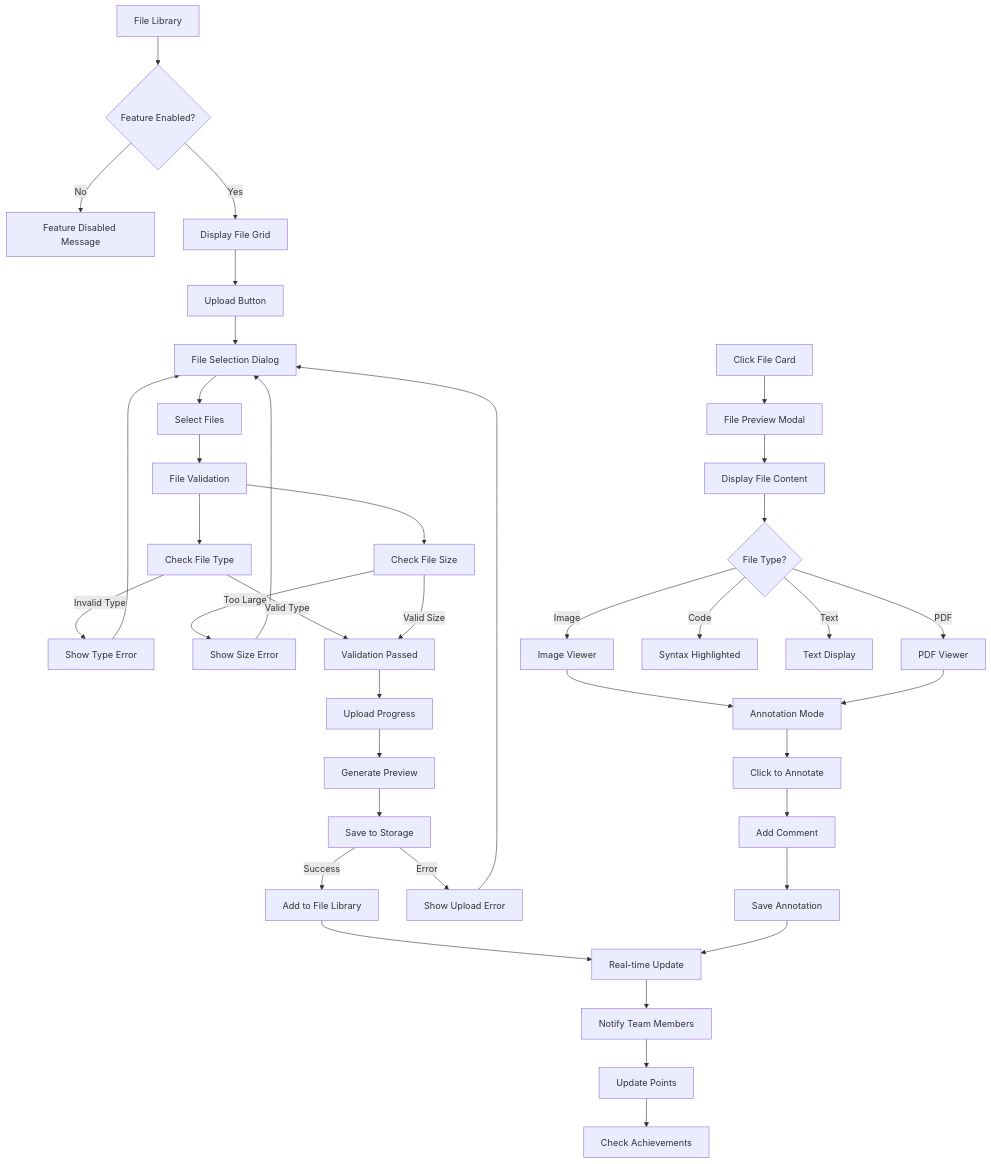
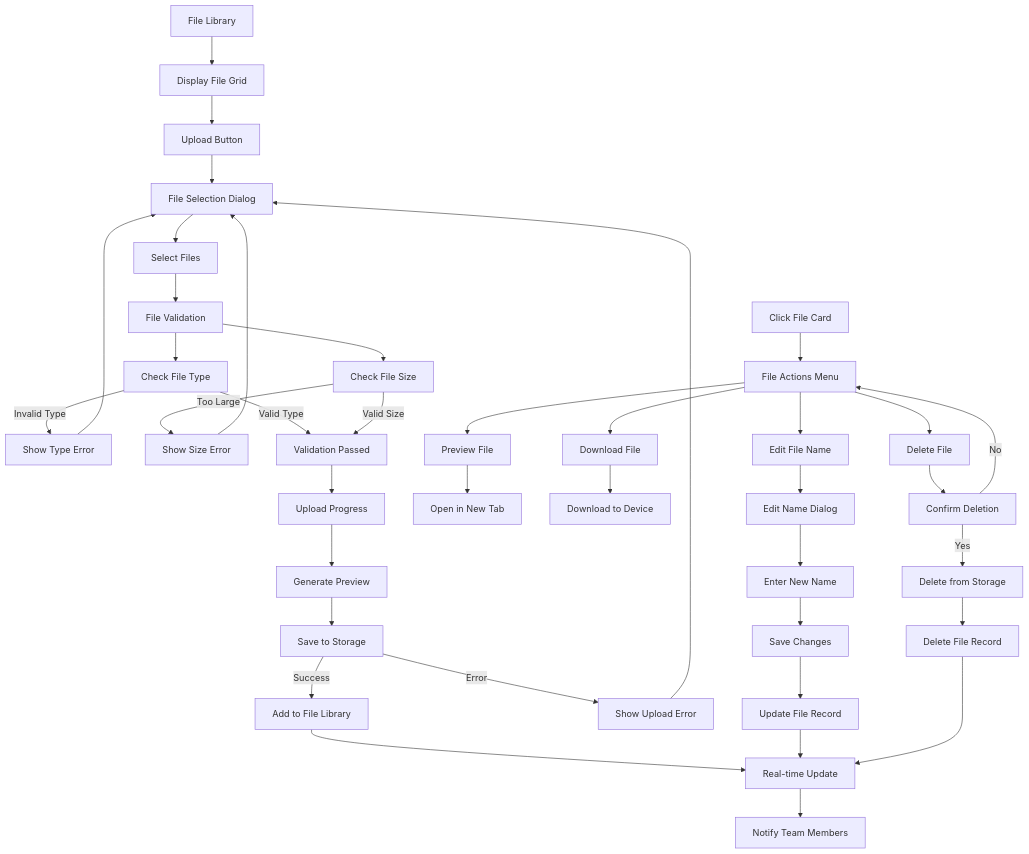
One commit to ictinus0222/hackerDen changed the sixth of 17 diagrams in UX_FLOWCHART.md. Above: the diagram before and after it, drawn with Mermaid. The commit also changed other lines of this file and 13 other files, not shown here.

````diff
--- a/UX_FLOWCHART.md
+++ b/UX_FLOWCHART.md
@@ -231,48 +250,50 @@
 ```mermaid
 graph TD
-    A[File Library] --> B{Feature Enabled?}
-    B -->|No| C[Feature Disabled Message]
-    B -->|Yes| D[Display File Grid]
+    A[File Library] --> B[Display File Grid]
     
-    D --> E[Upload Button]
-    E --> F[File Selection Dialog]
-    F --> G[Select Files]
-    G --> H[File Validation]
+    B --> C[Upload Button]
+    C --> D[File Selection Dialog]
+    D --> E[Select Files]
+    E --> F[File Validation]
     
-    H --> I[Check File Type]
-    H --> J[Check File Size]
-    I -->|Invalid Type| K[Show Type Error]
-    J -->|Too Large| L[Show Size Error]
-    I -->|Valid Type| M[Validation Passed]
-    J -->|Valid Size| M
+    F --> G[Check File Type]
+    F --> H[Check File Size]
+    G -->|Invalid Type| I[Show Type Error]
+    H -->|Too Large| J[Show Size Error]
+    G -->|Valid Type| K[Validation Passed]
+    H -->|Valid Size| K
     
-    M --> N[Upload Progress]
-    N --> O[Generate Preview]
-    O --> P[Save to Storage]
-    P -->|Success| Q[Add to File Library]
-    P -->|Error| R[Show Upload Error]
+    K --> L[Upload Progress]
+    L --> M[Generate Preview]
+    M --> N[Save to Storage]
+    N -->|Success| O[Add to File Library]
+    N -->|Error| P[Show Upload Error]
     
-    Q --> S[Real-time Update]
-    S --> T[Notify Team Members]
-    T --> U[Update Points]
-    U --> V[Check Achievements]
+    O --> Q[Real-time Update]
+    Q --> R[Notify Team Members]
     
-    W[Click File Card] --> X[File Preview Modal]
-    X --> Y[Display File Content]
-    Y --> Z{File Type?}
-    Z -->|Image| AA[Image Viewer]
-    Z -->|PDF| BB[PDF Viewer]
-    Z -->|Code| CC[Syntax Highlighted]
-    Z -->|Text| DD[Text Display]
+    S[Click File Card] --> T[File Actions Menu]
+    T --> U[Preview File]
+    T --> V[Download File]
+    T --> W[Edit File Name]
+    T --> X[Delete File]
     
-    AA --> EE[Annotation Mode]
-    BB --> EE
-    EE --> FF[Click to Annotate]
-    FF --> GG[Add Comment]
-    GG --> HH[Save Annotation]
-    HH --> S
+    U --> Y[Open in New Tab]
+    V --> Z[Download to Device]
     
-    K --> F
-    L --> F
-    R --> F
+    W --> AA[Edit Name Dialog]
+    AA --> BB[Enter New Name]
+    BB --> CC[Save Changes]
+    CC --> DD[Update File Record]
+    DD --> Q
+    
+    X --> EE[Confirm Deletion]
+    EE -->|Yes| FF[Delete from Storage]
+    EE -->|No| T
+    FF --> GG[Delete File Record]
+    GG --> Q
+    
+    I --> D
+    J --> D
+    P --> D
 ```
````
